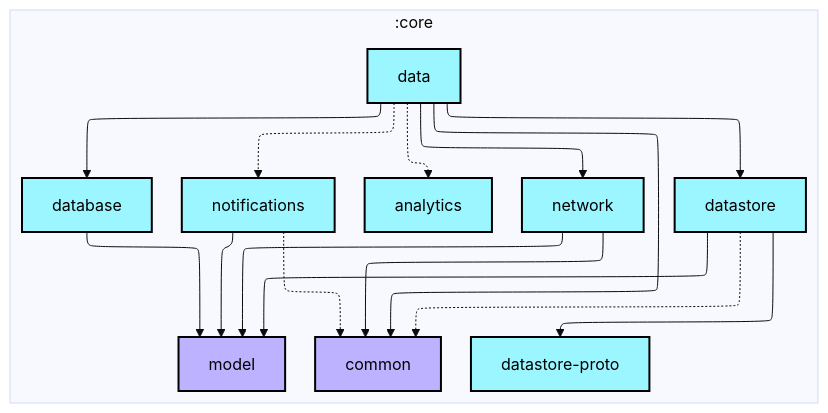
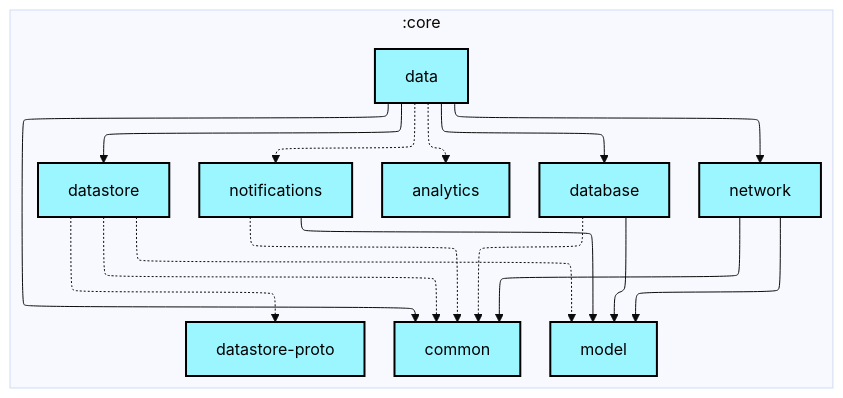
One commit to lihenggui/nowinkmp changed the first of 2 diagrams in core/data/README.md. Above: the diagram before and after it, drawn with Mermaid (base theme). The commit also changed other lines of this file and 29 other files, not shown here.

First line of the commit message:
Fix graphUpdate configuration cache compatibility

````diff
--- a/core/data/README.md
+++ b/core/data/README.md
@@ -6,43 +6,44 @@
 ```mermaid
 ---
 config:
   layout: elk
   elk:
     nodePlacementStrategy: SIMPLE
 ---
 graph TB
   subgraph :core
     direction TB
-    :core:analytics[analytics]:::android-library
-    :core:common[common]:::jvm-library
-    :core:data[data]:::android-library
-    :core:database[database]:::android-library
-    :core:datastore[datastore]:::android-library
-    :core:datastore-proto[datastore-proto]:::android-library
-    :core:model[model]:::jvm-library
-    :core:network[network]:::android-library
-    :core:notifications[notifications]:::android-library
+    :core:analytics[analytics]:::kmp-library
+    :core:common[common]:::kmp-library
+    :core:data[data]:::kmp-library
+    :core:database[database]:::kmp-library
+    :core:datastore[datastore]:::kmp-library
+    :core:datastore-proto[datastore-proto]:::kmp-library
+    :core:model[model]:::kmp-library
+    :core:network[network]:::kmp-library
+    :core:notifications[notifications]:::kmp-library
   end
 
   :core:data -.-> :core:analytics
   :core:data --> :core:common
   :core:data --> :core:database
   :core:data --> :core:datastore
   :core:data --> :core:network
   :core:data -.-> :core:notifications
+  :core:database -.-> :core:common
   :core:database --> :core:model
   :core:datastore -.-> :core:common
-  :core:datastore --> :core:datastore-proto
-  :core:datastore --> :core:model
+  :core:datastore -.-> :core:datastore-proto
+  :core:datastore -.-> :core:model
   :core:network --> :core:common
   :core:network --> :core:model
   :core:notifications -.-> :core:common
   :core:notifications --> :core:model
 
-classDef android-application fill:#CAFFBF,stroke:#000,stroke-width:2px,color:#000;
-classDef android-feature fill:#FFD6A5,stroke:#000,stroke-width:2px,color:#000;
-classDef android-library fill:#9BF6FF,stroke:#000,stroke-width:2px,color:#000;
+classDef cmp-application fill:#CAFFBF,stroke:#000,stroke-width:2px,color:#000;
+classDef cmp-feature fill:#FFD6A5,stroke:#000,stroke-width:2px,color:#000;
+classDef kmp-library fill:#9BF6FF,stroke:#000,stroke-width:2px,color:#000;
+classDef jvm-library fill:#BDB2FF,stroke:#000,stroke-width:2px,color:#000;
 classDef android-test fill:#A0C4FF,stroke:#000,stroke-width:2px,color:#000;
-classDef jvm-library fill:#BDB2FF,stroke:#000,stroke-width:2px,color:#000;
 classDef unknown fill:#FFADAD,stroke:#000,stroke-width:2px,color:#000;
 ```
````
